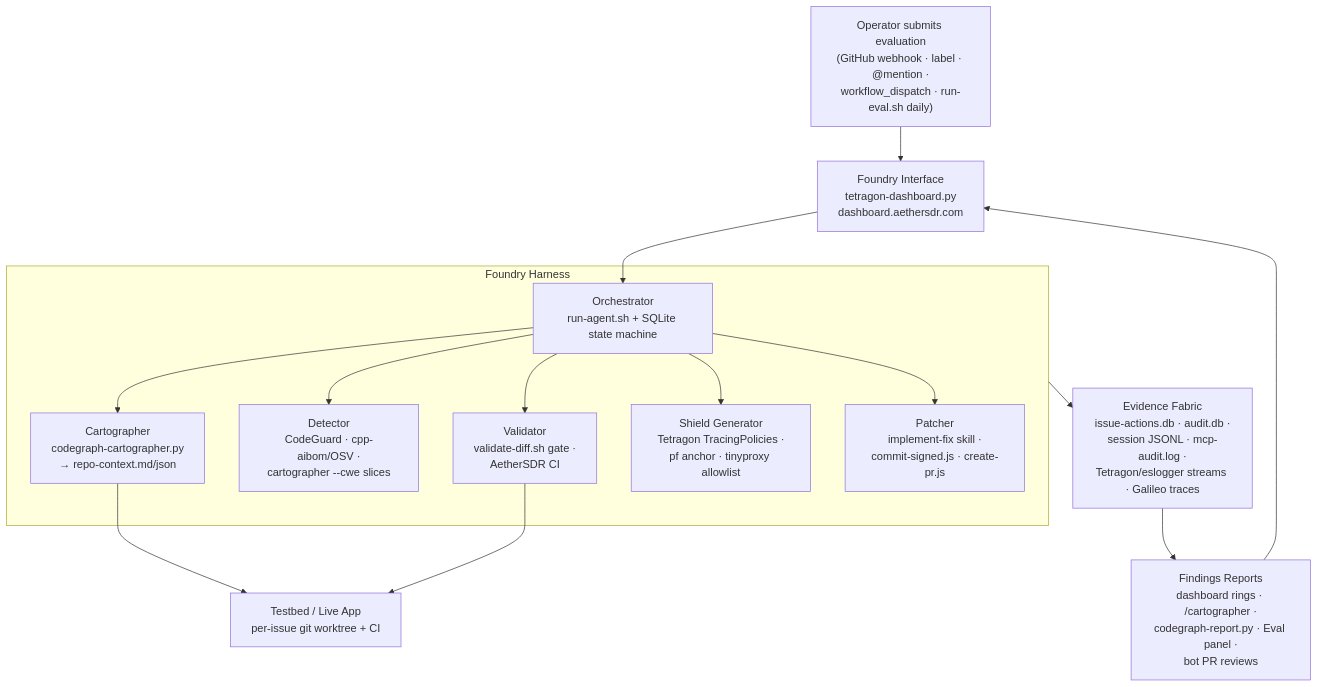
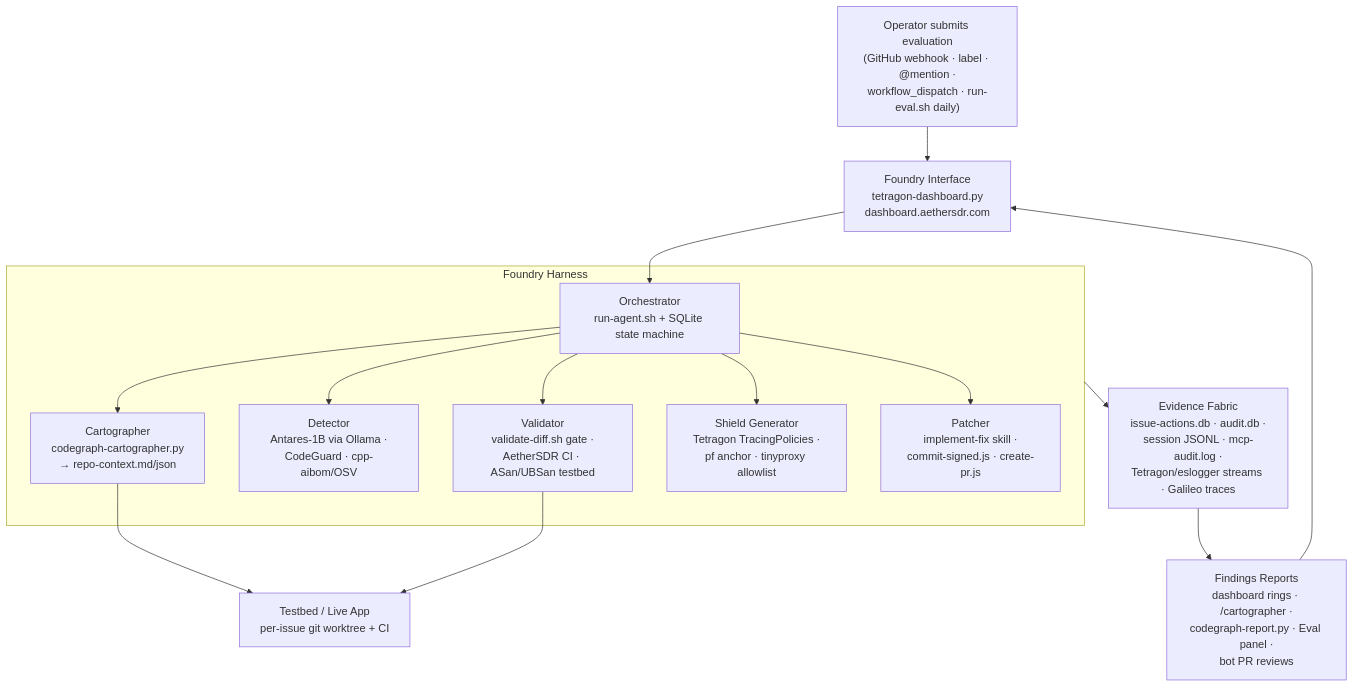
The diagram in docs/AetherClaude-Foundry-Pipeline-Mapping.md (ten9876/aetherclaude), drawn with Mermaid before and after one commit. The commit also changed other lines of this file, not shown here.

First line of the commit message:
docs: Foundry mapping — Detector is live (Antares-1B), Validator has repro prototype

````diff
--- a/docs/AetherClaude-Foundry-Pipeline-Mapping.md
+++ b/docs/AetherClaude-Foundry-Pipeline-Mapping.md
@@ -15,18 +15,18 @@
 ```mermaid
 flowchart TB
     OP["Operator submits evaluation<br/>(GitHub webhook · label · @mention ·<br/>workflow_dispatch · run-eval.sh daily)"] --> IF
     IF["Foundry Interface<br/>tetragon-dashboard.py<br/>dashboard.aethersdr.com"] --> ORCH
     subgraph HARNESS[Foundry Harness]
         ORCH["Orchestrator<br/>run-agent.sh + SQLite state machine"]
         ORCH --> CART["Cartographer<br/>codegraph-cartographer.py<br/>→ repo-context.md/json"]
-        ORCH --> DET["Detector<br/>CodeGuard · cpp-aibom/OSV ·<br/>cartographer --cwe slices"]
-        ORCH --> VAL["Validator<br/>validate-diff.sh gate ·<br/>AetherSDR CI"]
+        ORCH --> DET["Detector<br/>Antares-1B via Ollama ·<br/>CodeGuard · cpp-aibom/OSV"]
+        ORCH --> VAL["Validator<br/>validate-diff.sh gate ·<br/>AetherSDR CI · ASan/UBSan testbed"]
         ORCH --> SHIELD["Shield Generator<br/>Tetragon TracingPolicies ·<br/>pf anchor · tinyproxy allowlist"]
         ORCH --> PATCH["Patcher<br/>implement-fix skill ·<br/>commit-signed.js · create-pr.js"]
     end
     CART --> TB
     VAL --> TB["Testbed / Live App<br/>per-issue git worktree + CI"]
     HARNESS --> EF["Evidence Fabric<br/>issue-actions.db · audit.db ·<br/>session JSONL · mcp-audit.log ·<br/>Tetragon/eslogger streams · Galileo traces"]
     EF --> FR["Findings Reports<br/>dashboard rings · /cartographer ·<br/>codegraph-report.py · Eval panel ·<br/>bot PR reviews"]
     FR --> IF
 ```
````
